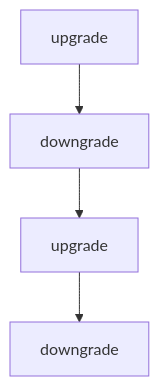
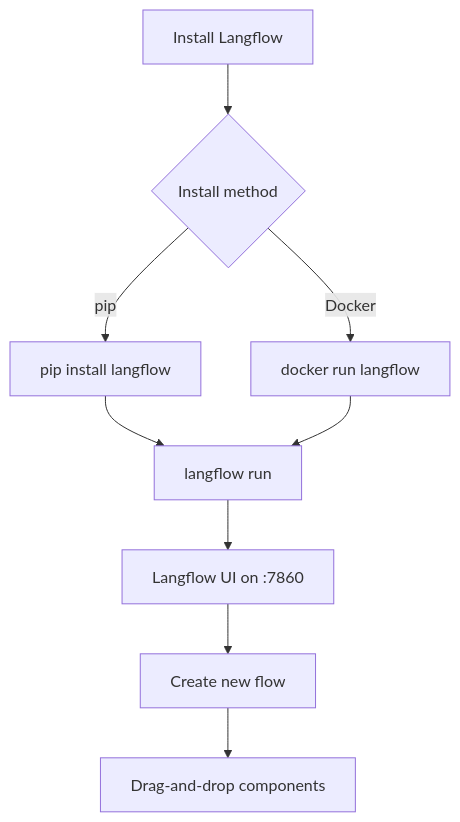
The diagram in tutorials/langflow-tutorial/01-getting-started.md (johnxie/awesome-code-docs), drawn with Mermaid before and after one commit. The commit also changed other lines of this file and 1232 other files, not shown here.

````diff
--- a/tutorials/langflow-tutorial/01-getting-started.md
+++ b/tutorials/langflow-tutorial/01-getting-started.md
@@ -221,10 +52,11 @@
 ```mermaid
 flowchart TD
-    A[upgrade]
-    B[downgrade]
-    C[upgrade]
-    D[downgrade]
-    A --> B
-    B --> C
-    C --> D
+    A[Install Langflow] --> B{Install method}
+    B -->|pip| C[pip install langflow]
+    B -->|Docker| D[docker run langflow]
+    C --> E[langflow run]
+    D --> E
+    E --> F[Langflow UI on :7860]
+    F --> G[Create new flow]
+    G --> H[Drag-and-drop components]
 ```
````
